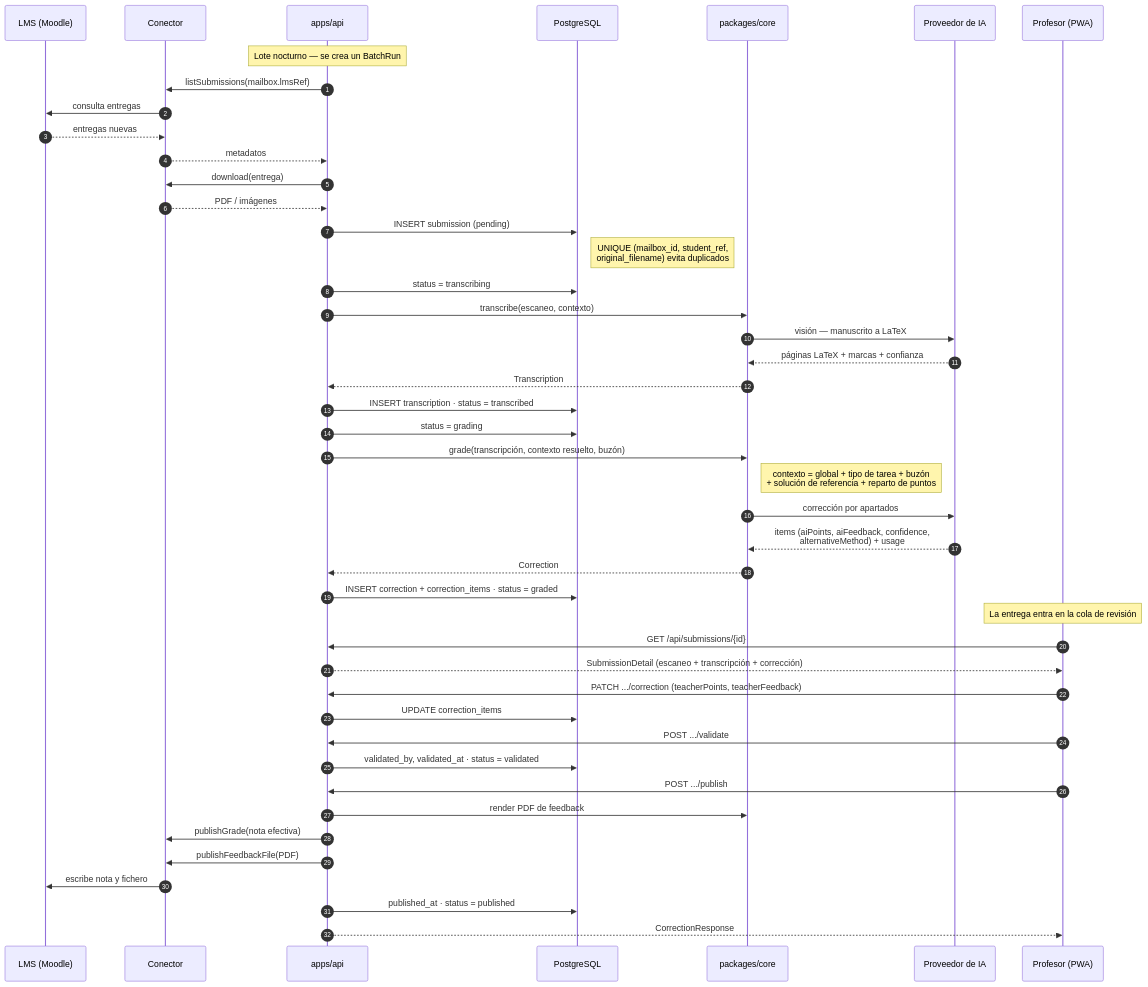
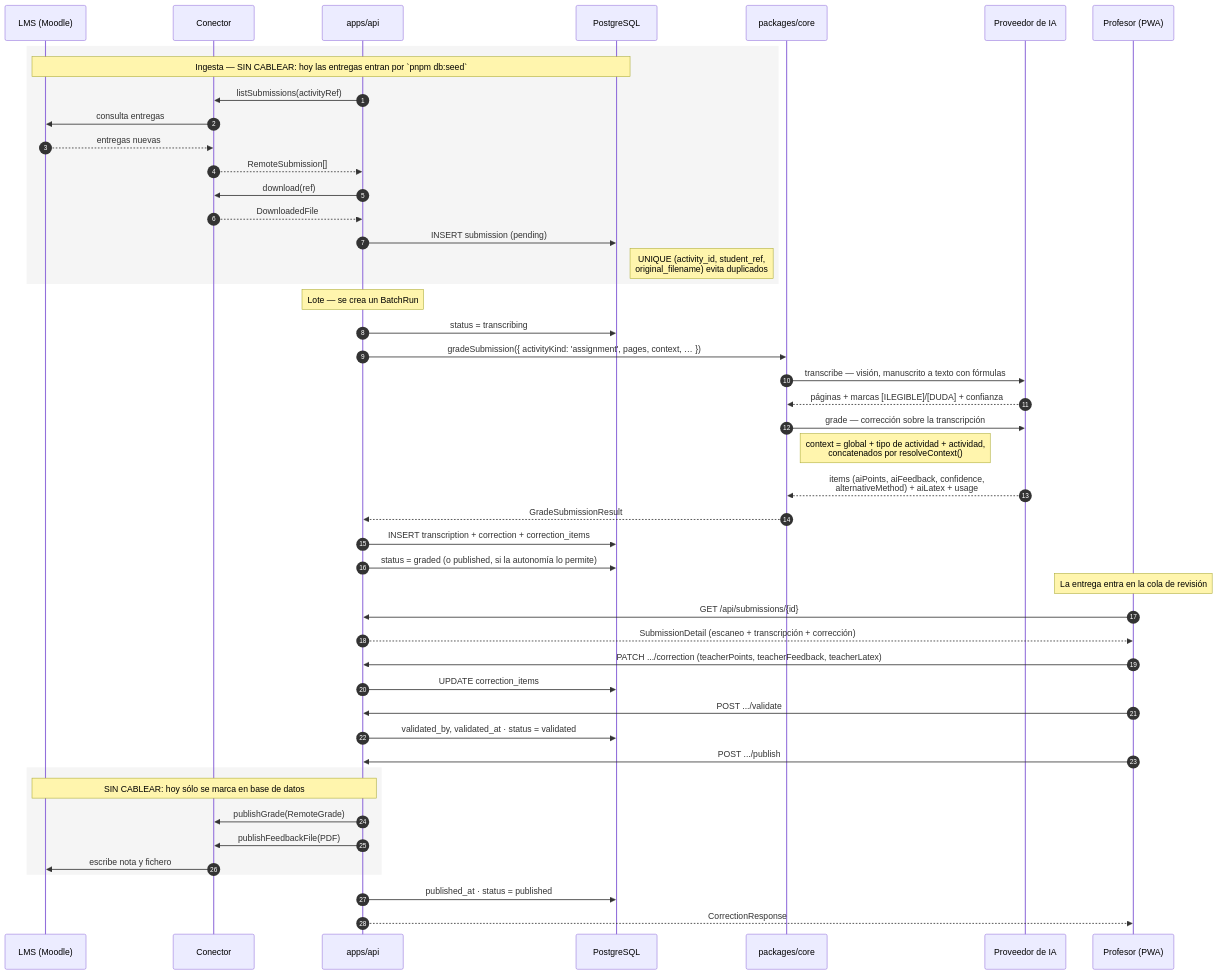
Before and after one commit to jamataran/vega: the second of 4 diagrams in docs/arquitectura.md, drawn with Mermaid. The commit also changed other lines of this file and 19 other files, not shown here.

````diff
--- a/docs/arquitectura.md
+++ b/docs/arquitectura.md
@@ -67,52 +101,54 @@
 ```mermaid
 sequenceDiagram
   autonumber
   participant LMS as LMS (Moodle)
   participant CN as Conector
   participant API as apps/api
   participant DB as PostgreSQL
   participant CORE as packages/core
   participant AI as Proveedor de IA
   participant PROF as Profesor (PWA)
 
-  Note over API: Lote nocturno — se crea un BatchRun
-  API->>CN: listSubmissions(mailbox.lmsRef)
-  CN->>LMS: consulta entregas
-  LMS-->>CN: entregas nuevas
-  CN-->>API: metadatos
-  API->>CN: download(entrega)
-  CN-->>API: PDF / imágenes
-  API->>DB: INSERT submission (pending)
-  Note right of DB: UNIQUE (mailbox_id, student_ref,<br/>original_filename) evita duplicados
+  rect rgb(245, 245, 245)
+    Note over LMS,DB: Ingesta — SIN CABLEAR: hoy las entregas entran por `pnpm db:seed`
+    API->>CN: listSubmissions(activityRef)
+    CN->>LMS: consulta entregas
+    LMS-->>CN: entregas nuevas
+    CN-->>API: RemoteSubmission[]
+    API->>CN: download(ref)
+    CN-->>API: DownloadedFile
+    API->>DB: INSERT submission (pending)
+    Note right of DB: UNIQUE (activity_id, student_ref,<br/>original_filename) evita duplicados
+  end
 
+  Note over API: Lote — se crea un BatchRun
   API->>DB: status = transcribing
-  API->>CORE: transcribe(escaneo, contexto)
-  CORE->>AI: visión — manuscrito a LaTeX
-  AI-->>CORE: páginas LaTeX + marcas + confianza
-  CORE-->>API: Transcription
-  API->>DB: INSERT transcription · status = transcribed
+  API->>CORE: gradeSubmission({ activityKind: 'assignment', pages, context, … })
+  CORE->>AI: transcribe — visión, manuscrito a texto con fórmulas
+  AI-->>CORE: páginas + marcas [ILEGIBLE]/[DUDA] + confianza
 
-  API->>DB: status = grading
-  API->>CORE: grade(transcripción, contexto resuelto, buzón)
-  Note right of CORE: contexto = global + tipo de tarea + buzón<br/>+ solución de referencia + reparto de puntos
-  CORE->>AI: corrección por apartados
-  AI-->>CORE: items (aiPoints, aiFeedback, confidence,<br/>alternativeMethod) + usage
-  CORE-->>API: Correction
-  API->>DB: INSERT correction + correction_items · status = graded
+  CORE->>AI: grade — corrección sobre la transcripción
+  Note right of CORE: context = global + tipo de actividad + actividad,<br/>concatenados por resolveContext()
+  AI-->>CORE: items (aiPoints, aiFeedback, confidence,<br/>alternativeMethod) + aiLatex + usage
+  CORE-->>API: GradeSubmissionResult
+  API->>DB: INSERT transcription + correction + correction_items
+  API->>DB: status = graded (o published, si la autonomía lo permite)
 
   Note over PROF: La entrega entra en la cola de revisión
   PROF->>API: GET /api/submissions/{id}
   API-->>PROF: SubmissionDetail (escaneo + transcripción + corrección)
-  PROF->>API: PATCH .../correction (teacherPoints, teacherFeedback)
+  PROF->>API: PATCH .../correction (teacherPoints, teacherFeedback, teacherLatex)
   API->>DB: UPDATE correction_items
   PROF->>API: POST .../validate
   API->>DB: validated_by, validated_at · status = validated
 
   PROF->>API: POST .../publish
-  API->>CORE: render PDF de feedback
-  API->>CN: publishGrade(nota efectiva)
-  API->>CN: publishFeedbackFile(PDF)
-  CN->>LMS: escribe nota y fichero
+  rect rgb(245, 245, 245)
+    Note over API,LMS: SIN CABLEAR: hoy sólo se marca en base de datos
+    API->>CN: publishGrade(RemoteGrade)
+    API->>CN: publishFeedbackFile(PDF)
+    CN->>LMS: escribe nota y fichero
+  end
   API->>DB: published_at · status = published
   API-->>PROF: CorrectionResponse
 ```
````
